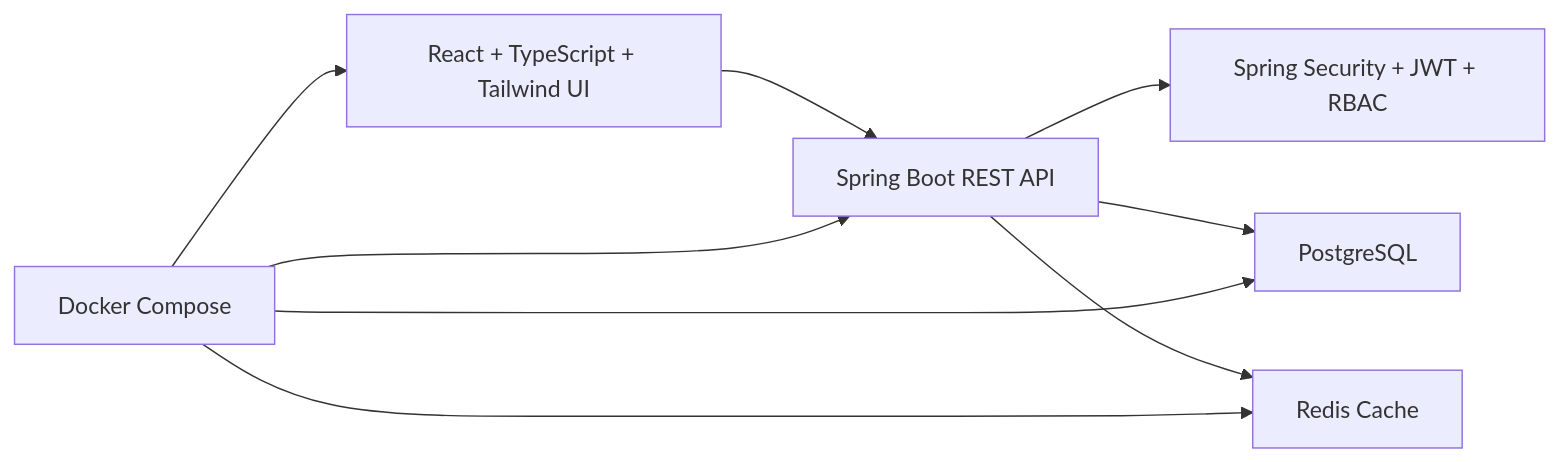
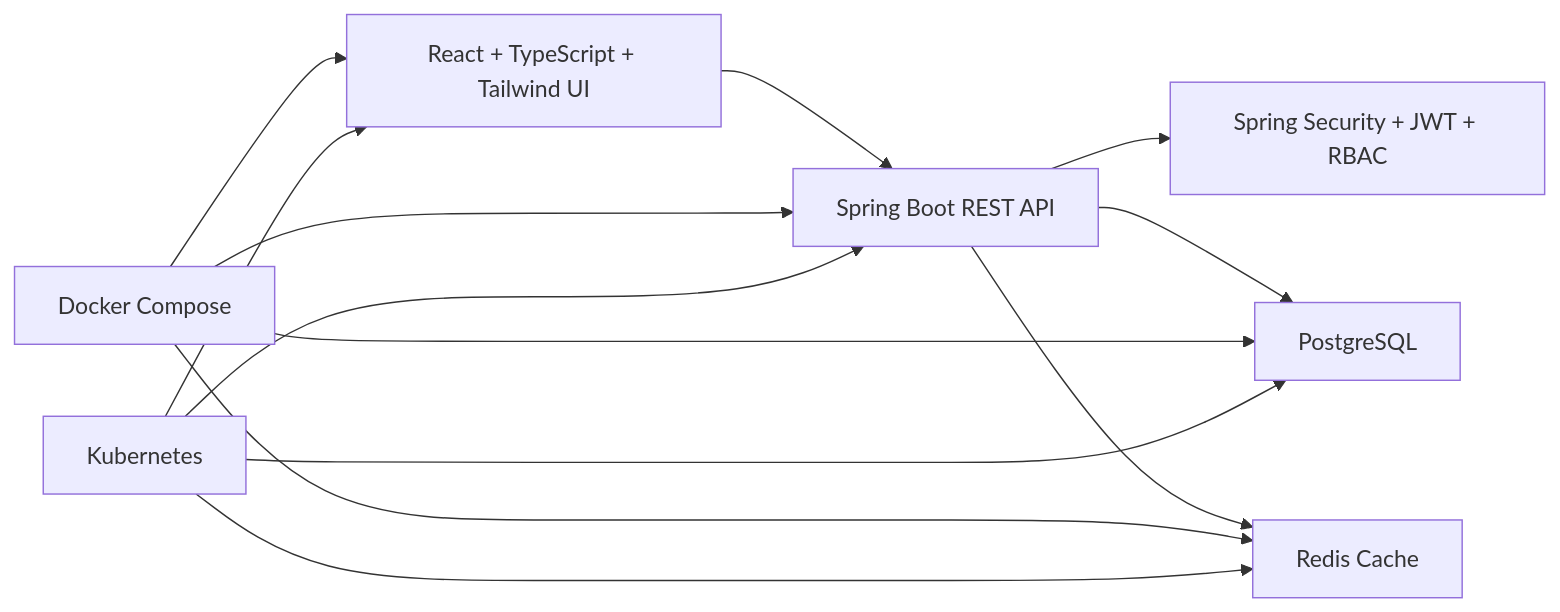
The diagram in docs/architecture.md (mihir252731/cloud-inventory-order-management), drawn with Mermaid before and after one commit. The commit also changed other lines of this file and 14 other files, not shown here.

````diff
--- a/docs/architecture.md
+++ b/docs/architecture.md
@@ -3,11 +3,15 @@
 ```mermaid
 flowchart LR
     A["React + TypeScript + Tailwind UI"] --> B["Spring Boot REST API"]
     B --> C["Spring Security + JWT + RBAC"]
     B --> D["PostgreSQL"]
     B --> E["Redis Cache"]
     F["Docker Compose"] --> A
     F --> B
     F --> D
     F --> E
+    G["Kubernetes"] --> A
+    G --> B
+    G --> D
+    G --> E
 ```
````
